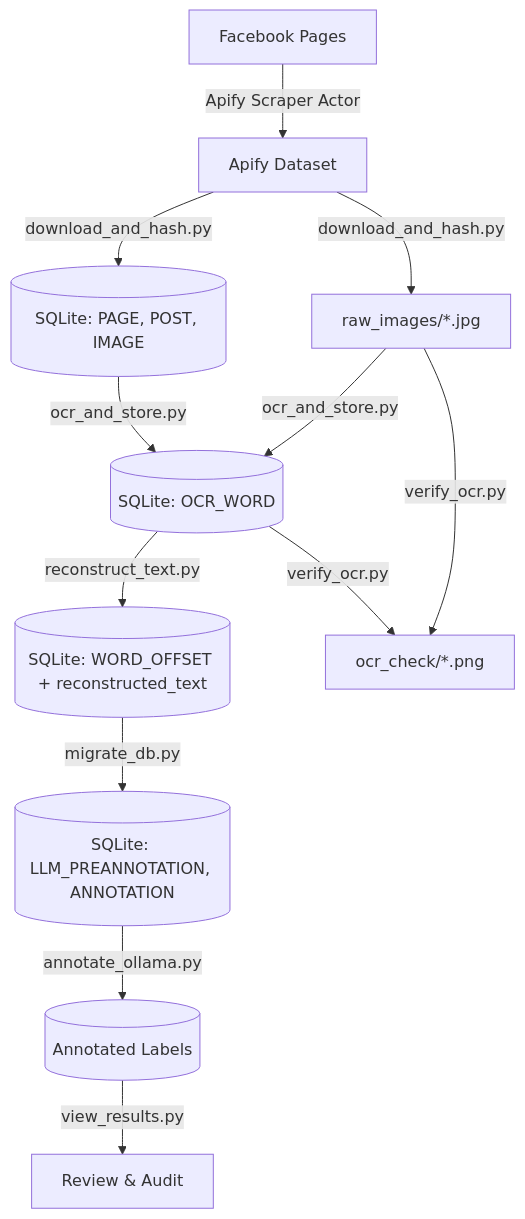
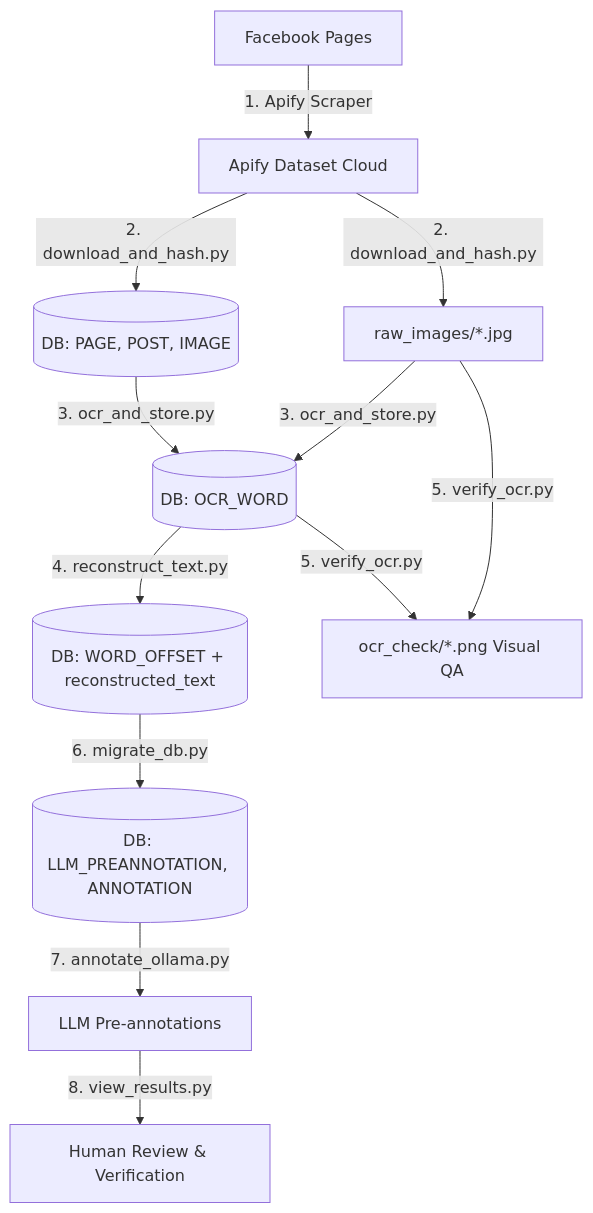
Before and after one commit to AbMehedi/meme_propaganda_dataset: the first of 2 diagrams in readme.md, drawn with Mermaid. The commit also changed other lines of this file, not shown here.

````diff
--- a/readme.md
+++ b/readme.md
@@ -313,12 +33,12 @@
 ```mermaid
 flowchart TD
-    A[Facebook Pages] -->|Apify Scraper Actor| B[Apify Dataset]
-    B -->|download_and_hash.py| C[(SQLite: PAGE, POST, IMAGE)]
-    B -->|download_and_hash.py| D[raw_images/*.jpg]
-    C & D -->|ocr_and_store.py| E[(SQLite: OCR_WORD)]
-    E -->|reconstruct_text.py| F[(SQLite: WORD_OFFSET + reconstructed_text)]
-    E & D -->|verify_ocr.py| G[ocr_check/*.png]
-    F -->|migrate_db.py| H[(SQLite: LLM_PREANNOTATION, ANNOTATION)]
-    H -->|annotate_ollama.py| I[(Annotated Labels)]
-    I -->|view_results.py| J[Review & Audit]
+    A[Facebook Pages] -->|1. Apify Scraper| B[Apify Dataset Cloud]
+    B -->|2. download_and_hash.py| C[(DB: PAGE, POST, IMAGE)]
+    B -->|2. download_and_hash.py| D[raw_images/*.jpg]
+    C & D -->|3. ocr_and_store.py| E[(DB: OCR_WORD)]
+    E -->|4. reconstruct_text.py| F[(DB: WORD_OFFSET + reconstructed_text)]
+    E & D -->|5. verify_ocr.py| G[ocr_check/*.png Visual QA]
+    F -->|6. migrate_db.py| H[(DB: LLM_PREANNOTATION, ANNOTATION)]
+    H -->|7. annotate_ollama.py| I[LLM Pre-annotations]
+    I -->|8. view_results.py| J[Human Review & Verification]
 ```
````
